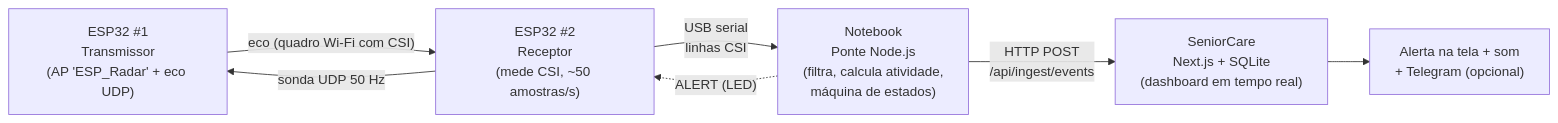
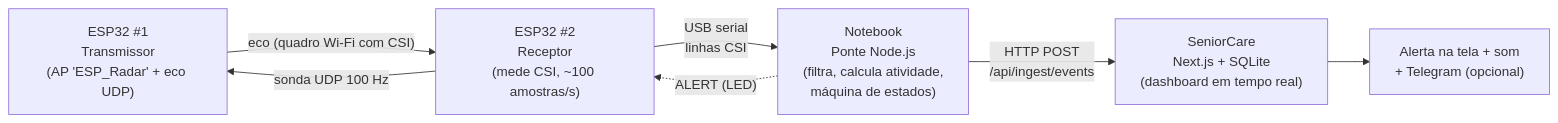
Before and after one commit to Heitor65/Fall_Detection-Sistemas_Embarcados: the diagram in README.md, drawn with Mermaid. The commit also changed other lines of this file and 5 other files, not shown here.

````diff
--- a/README.md
+++ b/README.md
@@ -22,14 +22,14 @@
 ```mermaid
 flowchart LR
     TX["ESP32 #1<br/>Transmissor<br/>(AP 'ESP_Radar' + eco UDP)"]
-    RX["ESP32 #2<br/>Receptor<br/>(mede CSI, ~50 amostras/s)"]
+    RX["ESP32 #2<br/>Receptor<br/>(mede CSI, ~100 amostras/s)"]
     BR["Notebook<br/>Ponte Node.js<br/>(filtra, calcula atividade,<br/>máquina de estados)"]
     SC["SeniorCare<br/>Next.js + SQLite<br/>(dashboard em tempo real)"]
 
-    RX -- "sonda UDP 50 Hz" --> TX
+    RX -- "sonda UDP 100 Hz" --> TX
     TX -- "eco (quadro Wi-Fi com CSI)" --> RX
     RX -- "USB serial<br/>linhas CSI" --> BR
     BR -- "HTTP POST<br/>/api/ingest/events" --> SC
     BR -. "ALERT (LED)" .-> RX
     SC --> UI["Alerta na tela + som<br/>+ Telegram (opcional)"]
 ```
````
